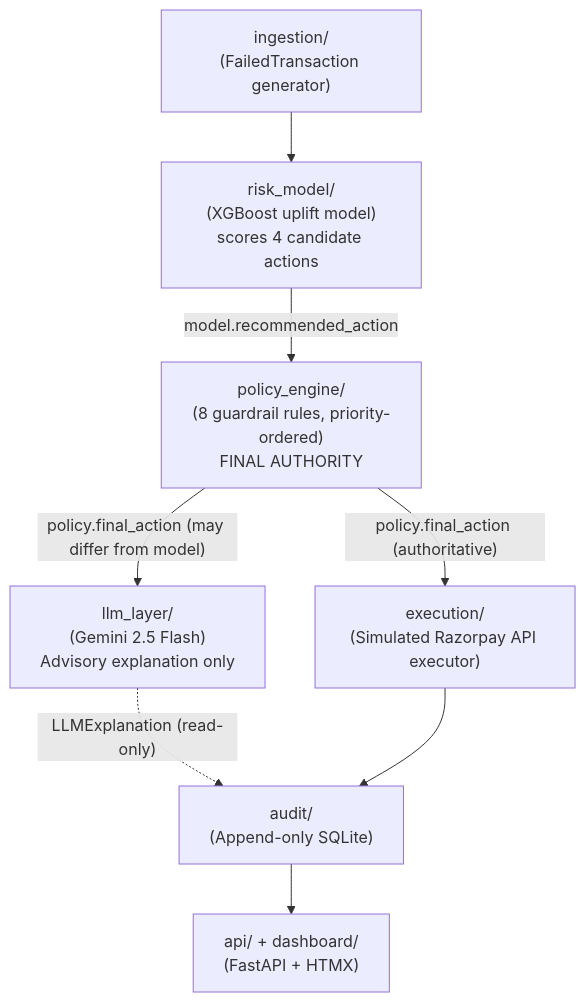
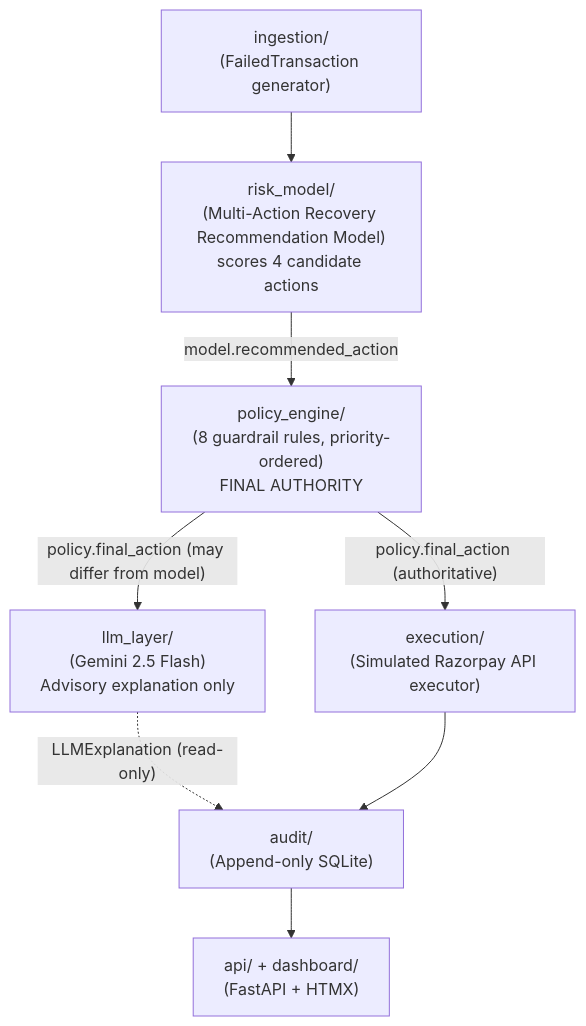
One commit to Dinesh-kumar9/Razorpay changed the diagram in README.md. Above: the diagram before and after it, drawn with Mermaid. The commit also changed other lines of this file and 18 other files, not shown here.

````diff
--- a/README.md
+++ b/README.md
@@ -30,18 +30,18 @@
 ```mermaid
 flowchart TD
     A["ingestion/\n(FailedTransaction generator)"]
-    B["risk_model/\n(XGBoost uplift model)\nscores 4 candidate actions"]
+    B["risk_model/\n(Multi-Action Recovery Recommendation Model)\nscores 4 candidate actions"]
     C["policy_engine/\n(8 guardrail rules, priority-ordered)\nFINAL AUTHORITY"]
     D["llm_layer/\n(Gemini 2.5 Flash)\nAdvisory explanation only"]
     E["execution/\n(Simulated Razorpay API executor)"]
     F["audit/\n(Append-only SQLite)"]
     G["api/ + dashboard/\n(FastAPI + HTMX)"]
 
     A --> B
     B -->|"model.recommended_action"| C
     C -->|"policy.final_action (authoritative)"| E
     C -->|"policy.final_action (may differ from model)"| D
     D -. "LLMExplanation (read-only)" .-> F
     E --> F
     F --> G
 ```
````
